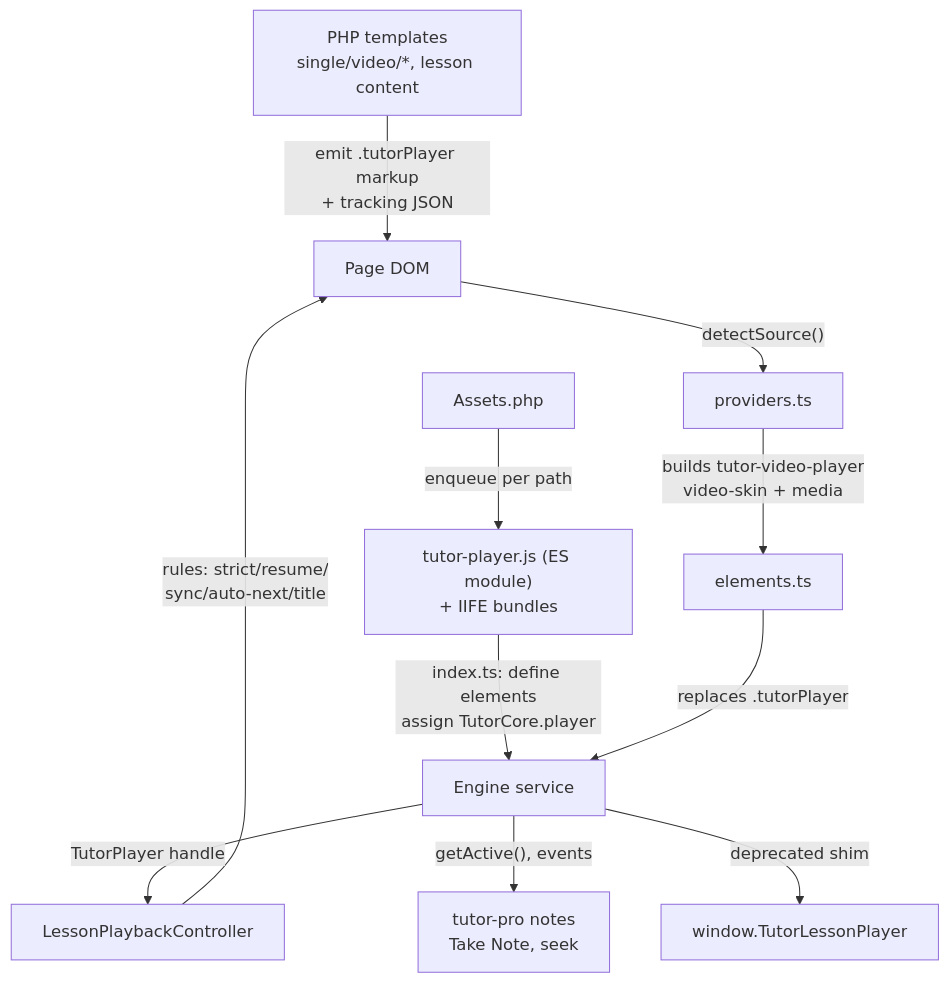
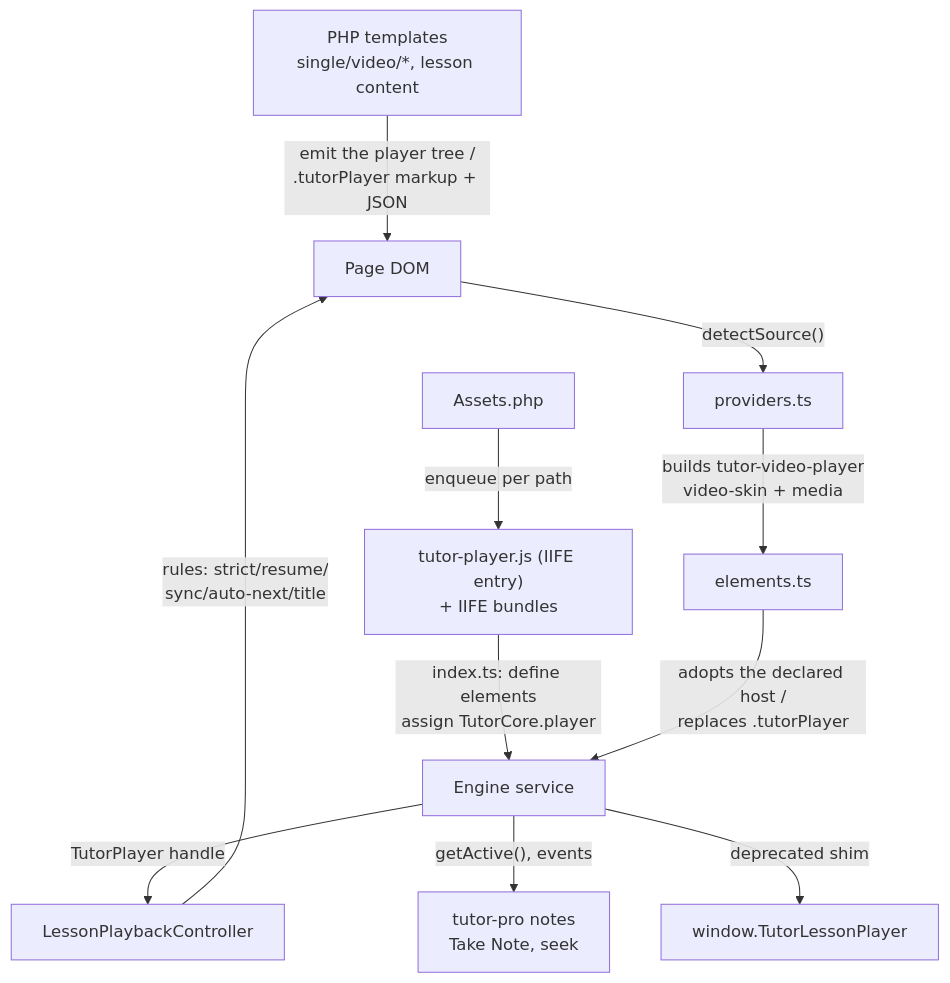
One commit to themeum/tutor changed the first of 4 diagrams in docs/videojs-migration-report.md. Above: the diagram before and after it, drawn with Mermaid. The commit also changed other lines of this file and 4 other files, not shown here.

````diff
--- a/docs/videojs-migration-report.md
+++ b/docs/videojs-migration-report.md
@@ -95,13 +96,13 @@
 ```mermaid
 flowchart TD
-    A["PHP templates<br/>single/video/*, lesson content"] -->|"emit .tutorPlayer markup<br/>+ tracking JSON"| B["Page DOM"]
-    C["Assets.php"] -->|"enqueue per path"| D["tutor-player.js (ES module)<br/>+ IIFE bundles"]
+    A["PHP templates<br/>single/video/*, lesson content"] -->|"emit the player tree /<br/>.tutorPlayer markup + JSON"| B["Page DOM"]
+    C["Assets.php"] -->|"enqueue per path"| D["tutor-player.js (IIFE entry)<br/>+ IIFE bundles"]
     D -->|"index.ts: define elements<br/>assign TutorCore.player"| E["Engine service"]
     B -->|"detectSource()"| F["providers.ts"]
     F -->|"builds tutor-video-player<br/>video-skin + media"| G["elements.ts"]
-    G -->|"replaces .tutorPlayer"| E
+    G -->|"adopts the declared host /<br/>replaces .tutorPlayer"| E
     E -->|"TutorPlayer handle"| H["LessonPlaybackController"]
     H -->|"rules: strict/resume/<br/>sync/auto-next/title"| B
     E -->|"getActive(), events"| I["tutor-pro notes<br/>Take Note, seek"]
     E -->|"deprecated shim"| J["window.TutorLessonPlayer"]
 ```
````
